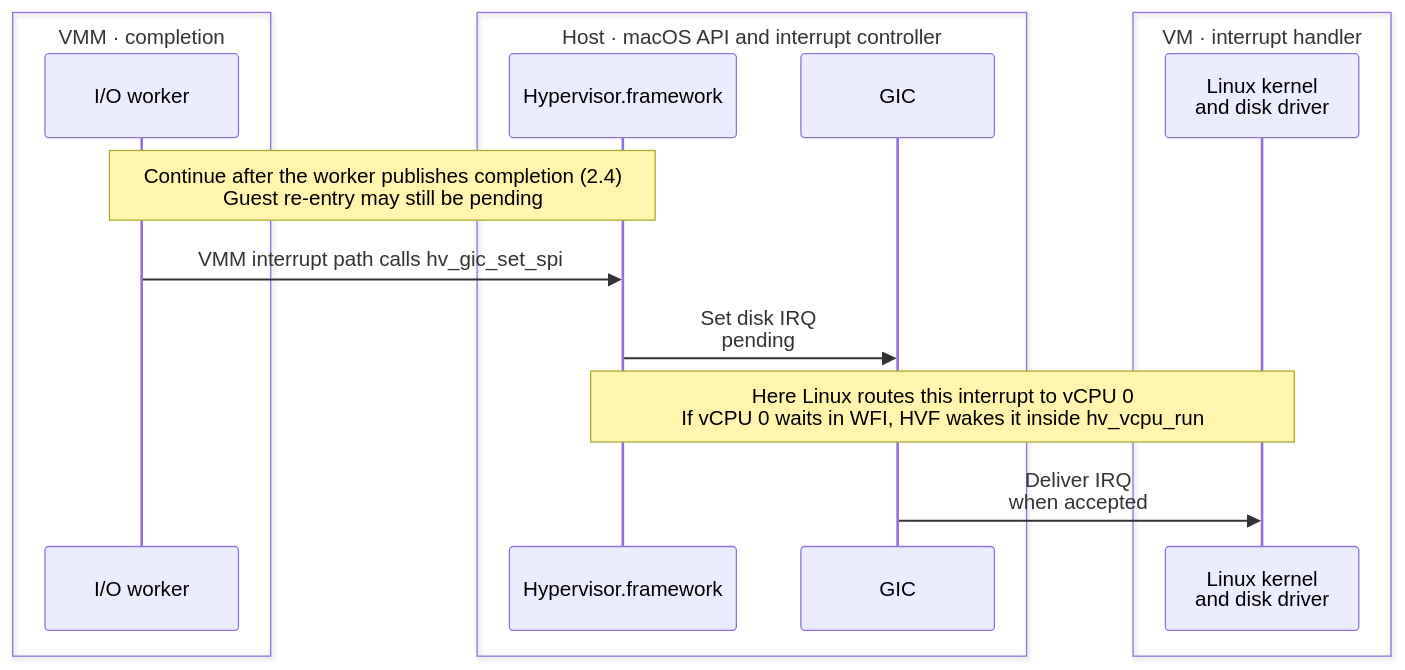
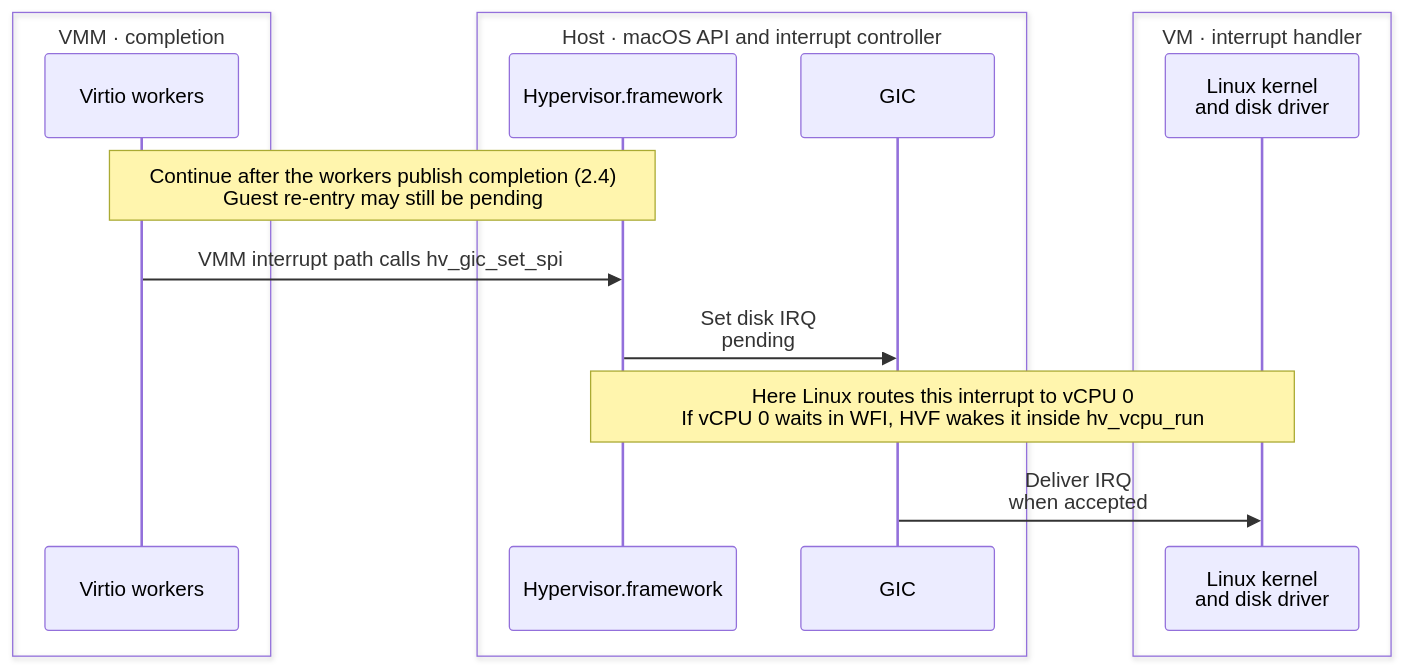
The sixth of 9 diagrams in docs/contributing/architecture/vmm/hvf.md (boxlite-ai/boxlite), drawn with Mermaid before and after one commit. The commit also changed other lines of this file and 21 other files, not shown here.

First line of the commit message:
feat(vmm): add the virtio workers

````diff
--- a/docs/contributing/architecture/vmm/hvf.md
+++ b/docs/contributing/architecture/vmm/hvf.md
@@ -199,21 +199,21 @@
 ```mermaid
 sequenceDiagram
   box VMM · completion
-    participant worker as I/O worker
+    participant worker as Virtio workers
   end
   box Host · macOS API and interrupt controller
     participant hvf as Hypervisor.framework
     participant gic as GIC
   end
   box VM · interrupt handler
     participant kernel as Linux kernel<br/>and disk driver
   end
-  Note over worker,hvf: Continue after the worker publishes completion (2.4)<br/>Guest re-entry may still be pending
+  Note over worker,hvf: Continue after the workers publish completion (2.4)<br/>Guest re-entry may still be pending
   %% edge:io_signal
   worker->>hvf: VMM interrupt path calls hv_gic_set_spi
   %% edge:io_pending
   hvf->>gic: Set disk IRQ<br/>pending
   Note over hvf,kernel: Here Linux routes this interrupt to vCPU 0<br/>If vCPU 0 waits in WFI, HVF wakes it inside hv_vcpu_run
   %% edge:io_interrupt
   gic->>kernel: Deliver IRQ<br/>when accepted
 ```
````
